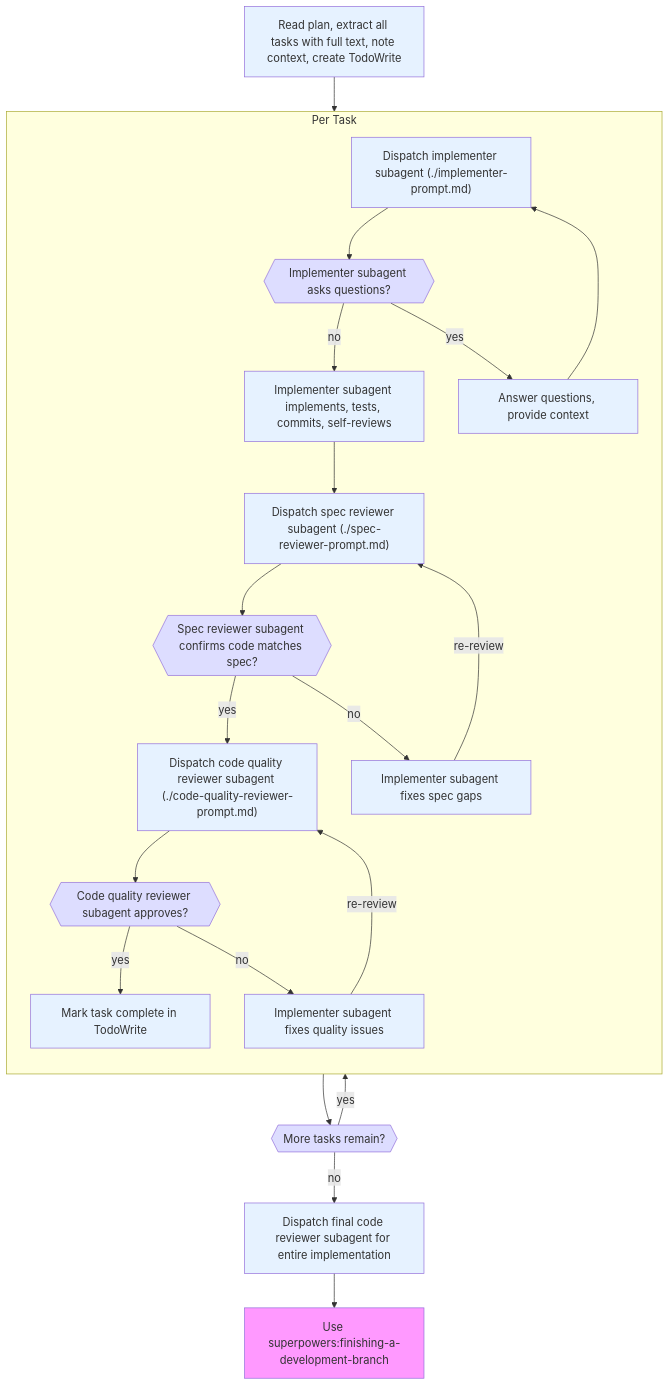
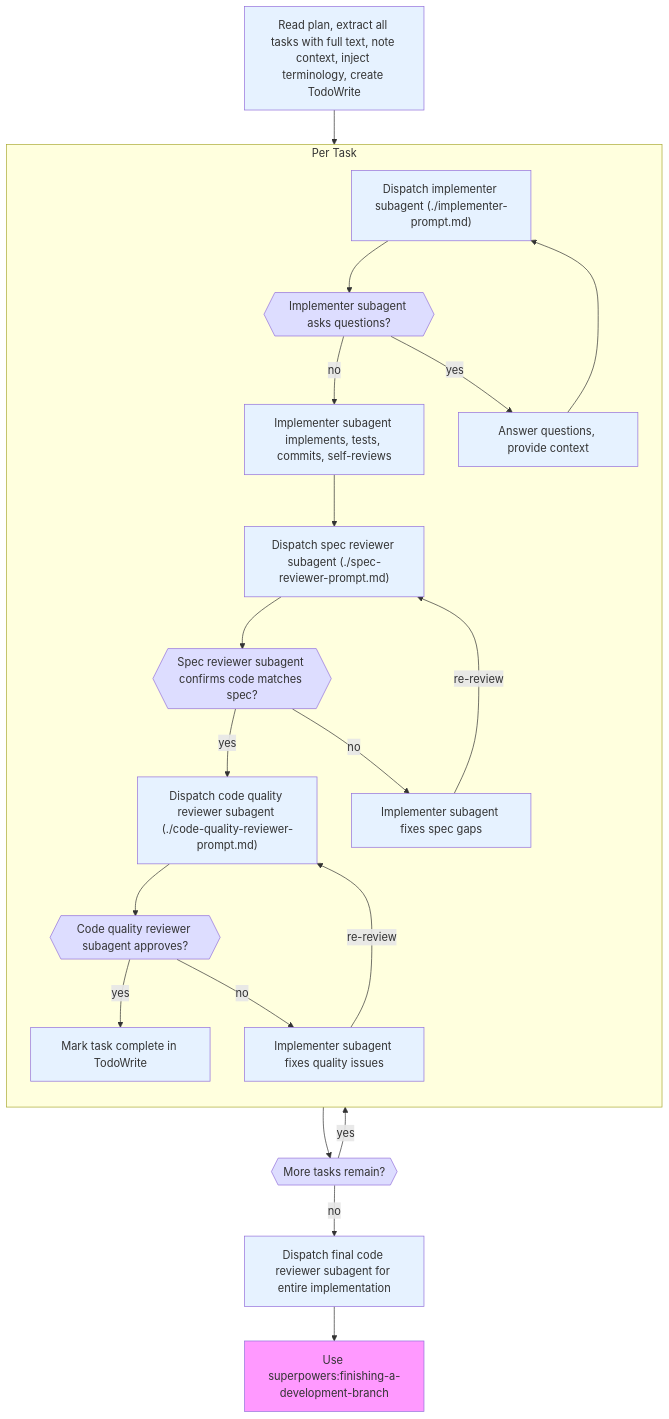
Before and after one commit to Ts-sound/superpowers: the second of 2 diagrams in skills/subagent-driven-development/SKILL.md, drawn with Mermaid. The commit also changed other lines of this file and 6 other files, not shown here.

````diff
--- a/skills/subagent-driven-development/SKILL.md
+++ b/skills/subagent-driven-development/SKILL.md
@@ -39,51 +39,51 @@
 ```mermaid
 graph TD
-    Start["Read plan, extract all tasks with full text, note context, create TodoWrite"];
+    Start["Read plan, extract all tasks with full text, note context, inject terminology, create TodoWrite"];
     MoreTasks{{"More tasks remain?"}};
     FinalReview["Dispatch final code reviewer subagent for entire implementation"];
     Superpower["Use superpowers:finishing-a-development-branch"]:::greenNode;
 
     subgraph PerTask ["Per Task"]
         direction TB
         DispatchImpl["Dispatch implementer subagent (./implementer-prompt.md)"];
         ImplAsk{{"Implementer subagent asks questions?"}};
         AnswerQ["Answer questions, provide context"];
         ImplDo["Implementer subagent implements, tests, commits, self-reviews"];
         DispatchSpec["Dispatch spec reviewer subagent (./spec-reviewer-prompt.md)"];
         SpecCheck{{"Spec reviewer subagent confirms code matches spec?"}};
         FixSpec["Implementer subagent fixes spec gaps"];
         DispatchCode["Dispatch code quality reviewer subagent (./code-quality-reviewer-prompt.md)"];
         CodeCheck{{"Code quality reviewer subagent approves?"}};
         FixQuality["Implementer subagent fixes quality issues"];
         MarkComplete["Mark task complete in TodoWrite"];
     end
 
     Start --> DispatchImpl;
     DispatchImpl --> ImplAsk;
     ImplAsk -->|no| ImplDo;
     ImplAsk -->|yes| AnswerQ;
     AnswerQ --> DispatchImpl;
     ImplDo --> DispatchSpec;
     DispatchSpec --> SpecCheck;
     SpecCheck -->|yes| DispatchCode;
     SpecCheck -->|no| FixSpec;
     FixSpec -->|re-review| DispatchSpec;
     DispatchCode --> CodeCheck;
     CodeCheck -->|yes| MarkComplete;
     CodeCheck -->|no| FixQuality;
     FixQuality -->|re-review| DispatchCode;
     MarkComplete --> MoreTasks;
     MoreTasks -->|yes| DispatchImpl;
     MoreTasks -->|no| FinalReview;
     FinalReview --> Superpower;
 
     classDef endnode fill:#f9f; 
     classDef decision fill:#ddf;  
     classDef process fill:#e6f2ff;   
     classDef warningNode fill:red;
     classDef greenNode fill:lightgreen;
 
     class ImplAsk,SpecCheck,CodeCheck,MoreTasks decision;
     class Start,DispatchImpl,AnswerQ,ImplDo,DispatchSpec,FixSpec,DispatchCode,FixQuality,MarkComplete,FinalReview process;
     class Superpower endnode;
 ```
````
